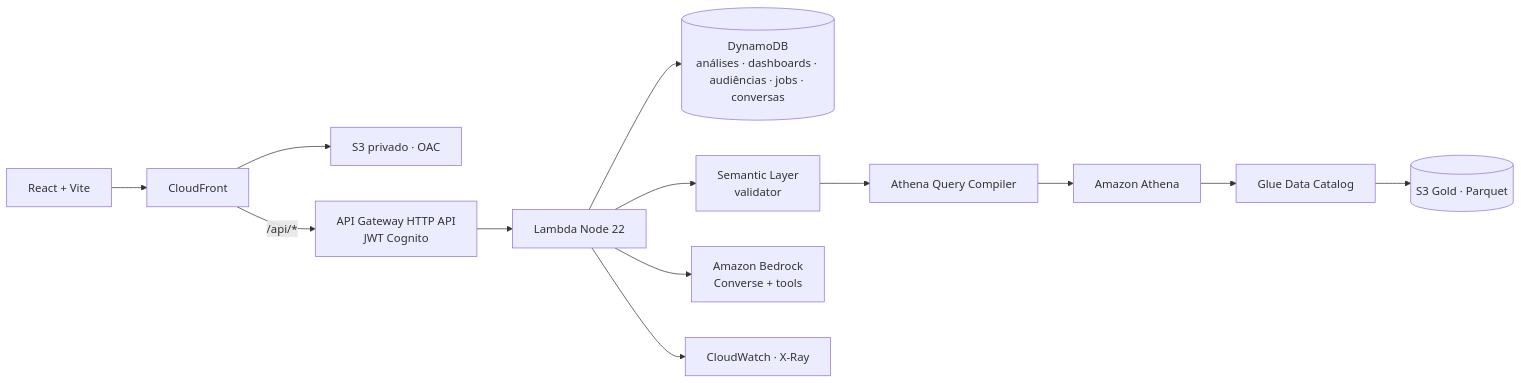
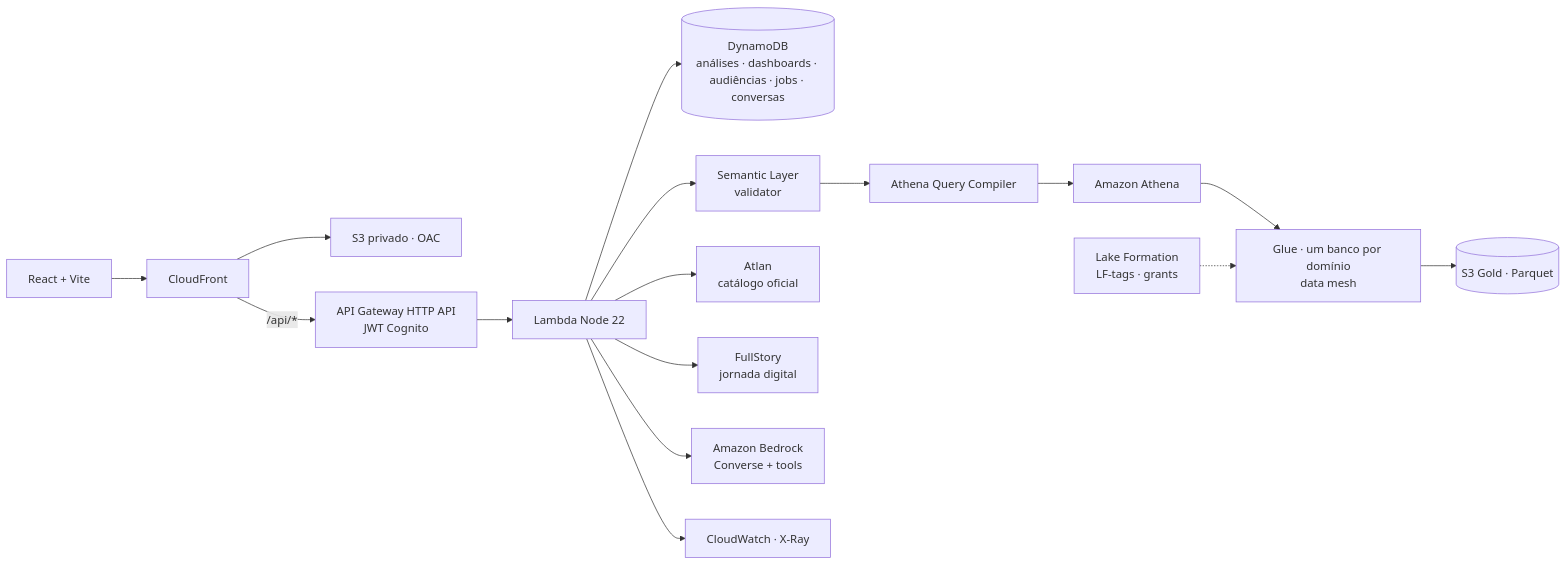
One commit to ivanlinscosta/BFP-PJ changed the diagram in README.md. Above: the diagram before and after it, drawn with Mermaid. The commit also changed other lines of this file and 7 other files, not shown here.

Commit message:
docs: data mesh, deploy executado em dev, modelo Bedrock e correções

````diff
--- a/README.md
+++ b/README.md
@@ -16,15 +16,18 @@
 ```mermaid
 flowchart LR
   B[React + Vite] --> CF[CloudFront]
   CF --> S3W[S3 privado · OAC]
   CF -->|/api/*| GW[API Gateway HTTP API<br/>JWT Cognito]
   GW --> L[Lambda Node 22]
   L --> DDB[(DynamoDB<br/>análises · dashboards · audiências · jobs · conversas)]
   L --> SL[Semantic Layer<br/>validator]
   SL --> QC[Athena Query Compiler]
   QC --> ATH[Amazon Athena]
-  ATH --> GLUE[Glue Data Catalog]
+  ATH --> GLUE[Glue · um banco por domínio<br/>data mesh]
+  LF[Lake Formation<br/>LF-tags · grants] -.-> GLUE
   GLUE --> GOLD[(S3 Gold · Parquet)]
+  L --> ATLAN[Atlan<br/>catálogo oficial]
+  L --> FS[FullStory<br/>jornada digital]
   L --> BR[Amazon Bedrock<br/>Converse + tools]
   L --> CW[CloudWatch · X-Ray]
 ```
````
